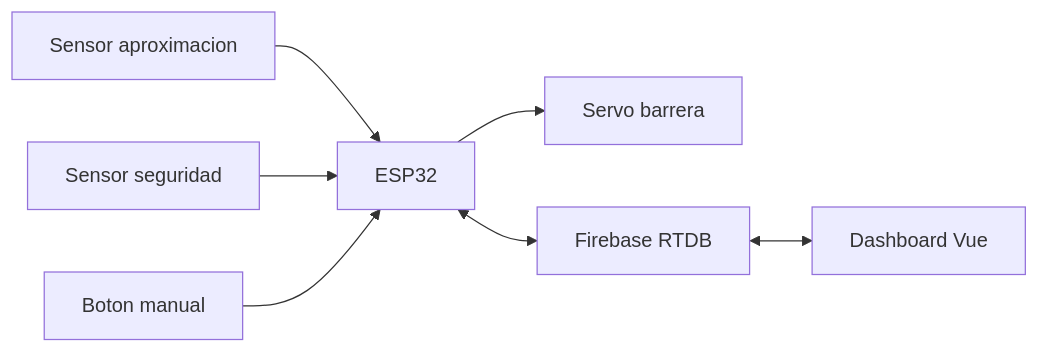
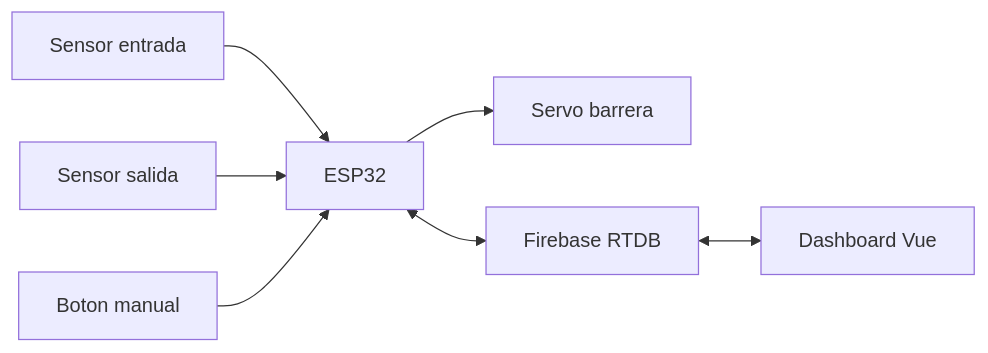
Before and after one commit to Thanatozz/stunning-logigate: the diagram in docs/DIAGRAMA_CONEXIONES_NUEVO.md, drawn with Mermaid. The commit also changed other lines of this file and 49 other files, not shown here.

````diff
--- a/docs/DIAGRAMA_CONEXIONES_NUEVO.md
+++ b/docs/DIAGRAMA_CONEXIONES_NUEVO.md
@@ -12,9 +12,9 @@
 ```mermaid
 flowchart LR
-  A[Sensor aproximacion] --> B[ESP32]
-  C[Sensor seguridad] --> B
+  A[Sensor entrada] --> B[ESP32]
+  C[Sensor salida] --> B
   D[Boton manual] --> B
   B --> E[Servo barrera]
   B <--> F[Firebase RTDB]
   F <--> G[Dashboard Vue]
 ```
````
